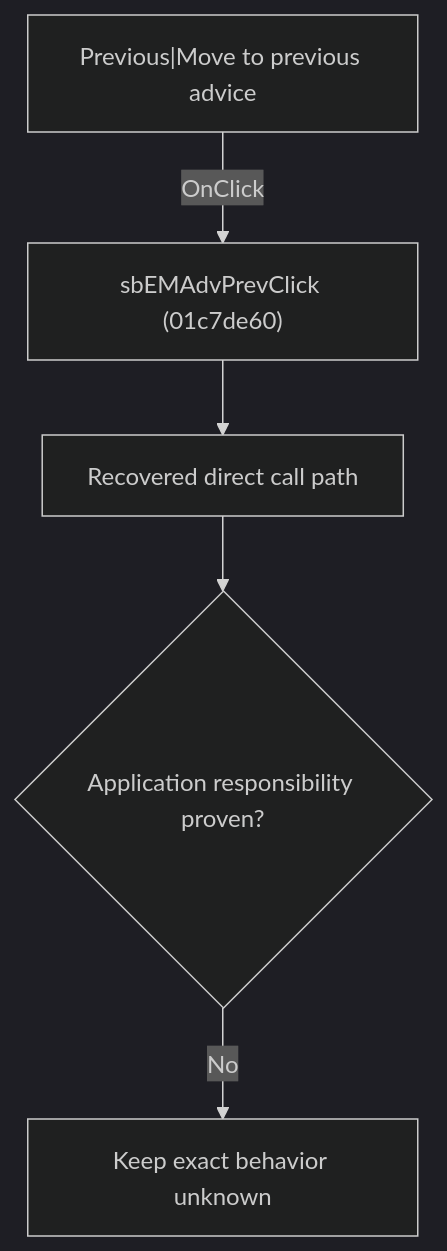
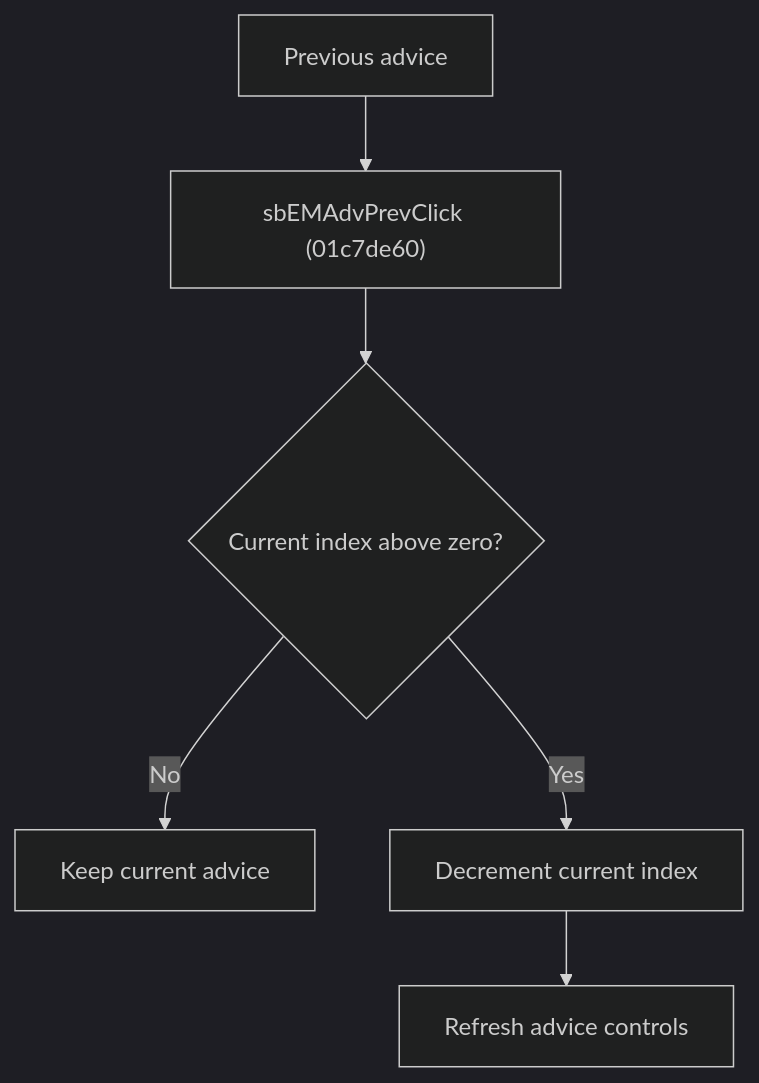
Before and after one commit to MovGP0/TIARA: the diagram in docs/ui-controls/schematiceditor/sbemadvprev-6d15d3ef41.md, drawn with Mermaid (dark theme). The commit also changed other lines of this file and 241 other files, not shown here.

````diff
--- a/docs/ui-controls/schematiceditor/sbemadvprev-6d15d3ef41.md
+++ b/docs/ui-controls/schematiceditor/sbemadvprev-6d15d3ef41.md
@@ -27,7 +20,8 @@
 ```mermaid
 flowchart TD
-    control["Previous|Move to previous advice"] -->|"OnClick"| handler["sbEMAdvPrevClick (01c7de60)"]
-    handler --> recovered["Recovered direct call path"]
-    recovered --> gap{"Application responsibility proven?"}
-    gap -->|"No"| blocked["Keep exact behavior unknown"]
+    control["Previous advice"] --> handler["sbEMAdvPrevClick (01c7de60)"]
+    handler --> available{"Current index above zero?"}
+    available -->|"No"| noop["Keep current advice"]
+    available -->|"Yes"| previous["Decrement current index"]
+    previous --> refresh["Refresh advice controls"]
 ```
````
